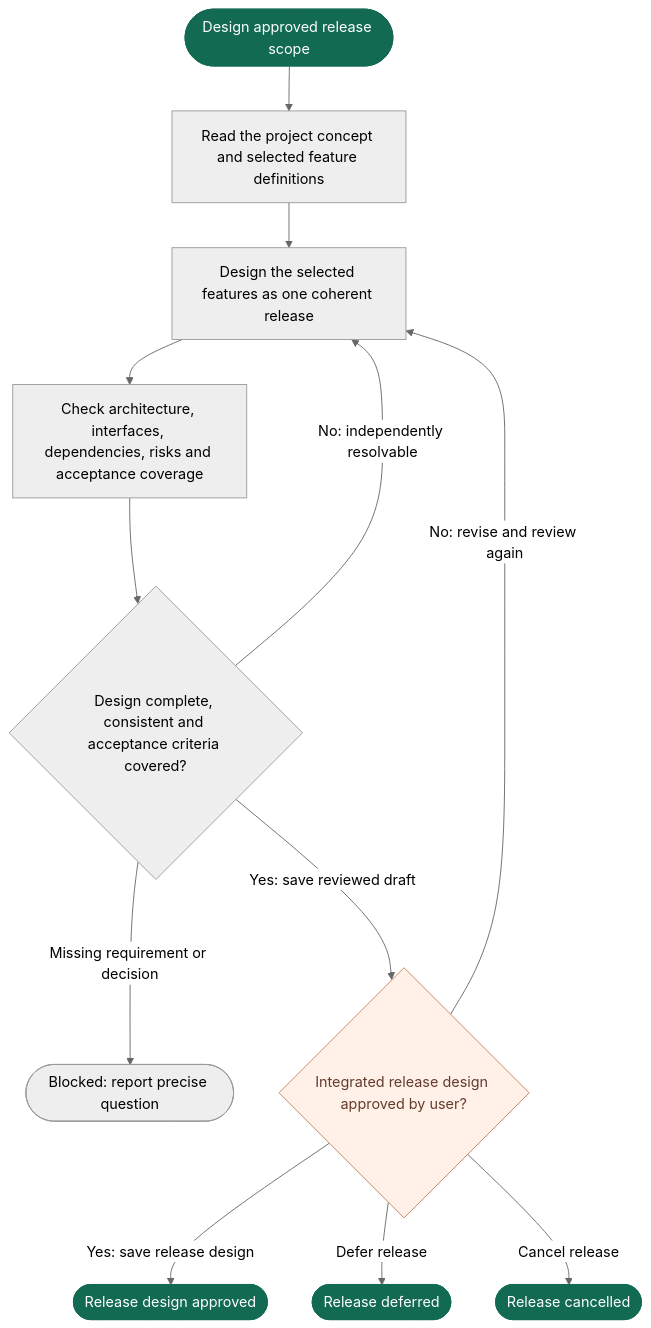
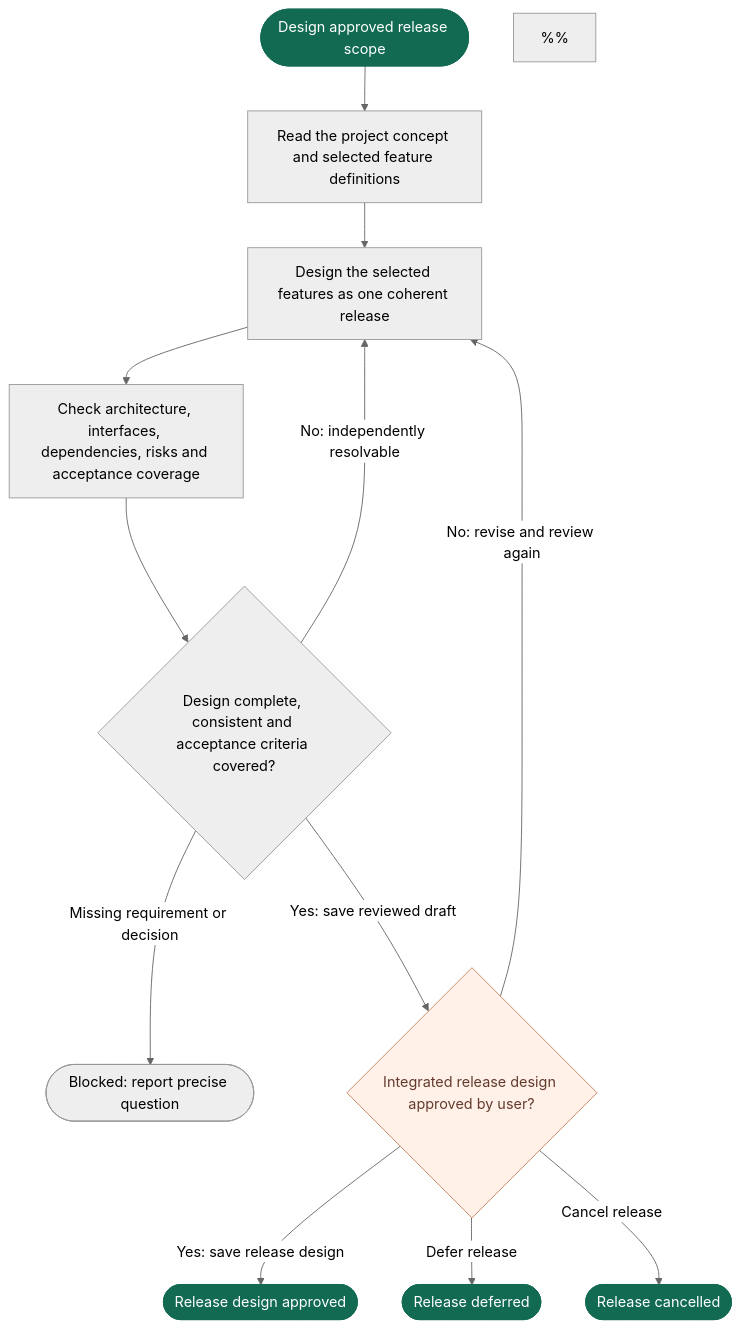
The diagram in docs/airflow/flows/design.mmd (vanlangenlabs/vanlangenlabs-site), drawn with Mermaid (neutral theme) before and after one commit. The commit also changed 14 other files, not shown here.

Commit message:
refactor(airflow): keep phase rules in Mermaid sources

```diff
--- a/docs/airflow/flows/design.mmd
+++ b/docs/airflow/flows/design.mmd
@@ -1,38 +1,46 @@
 flowchart TD
     start([Design approved release scope]) --> inspect[Read the project concept and selected feature definitions]
 %% @airflow-context inspect
 %% Load the approved concept, the exact approved scope, and only the feature
 %% Definitions listed there. Do not design backlog items outside the scope.
 %% @end-airflow-context
     inspect --> integrate[Design the selected features as one coherent release]
 %% @airflow-context integrate
 %% Design how the selected features work together as one version: shared
 %% components, interfaces, dependencies, data flows, risks, rollout and test
 %% approach. Trace every feature acceptance criterion to the integrated Design.
+%%
+%% Record path: `.air/releases/<version>/design.md`.
+%% Record outline: Scope reference; Integrated approach; Components and interfaces; Data and end-to-end behavior; Feature-to-design traceability; Risks and tradeoffs; Rollout and test strategy.
+%% Mutable statuses belong in the index. Example IDs and versions are placeholders.
 %% @end-airflow-context
     integrate --> review[Check architecture, interfaces, dependencies, risks and acceptance coverage]
     review --> quality{Design complete, consistent and acceptance criteria covered?}
     quality -- No: independently resolvable --> integrate
     quality -- Missing requirement or decision --> blocked([Blocked: report precise question])
     quality -- Yes: save reviewed draft --> designApproval{Integrated release design approved by user?}
 %% @airflow-context review
 %% Inspect existing architecture and constraints. Check every acceptance criterion
 %% has a design mapping and verification approach; check interfaces, dependencies,
 %% failure paths, rollout and risks for contradictions or omissions. Correct
 %% in-scope gaps autonomously before requesting approval. Do not invent product
 %% requirements. Escalate unresolved decisions or lack of progress with evidence.
 %% @end-airflow-context
     designApproval -- No: revise and review again --> integrate
     designApproval -- Yes: save release design --> designReady([Release design approved])
 %% @airflow-context designApproval
 %% The human approves the integrated Design against the current scope digest.
 %% Bind approval to the exact Design digest and record evidence in `.air/index.md`.
-%% Material scope/design changes invalidate affected approvals per the contract.
+%% Material scope/design changes invalidate affected approvals using Project impact rules.
+%%
+%% Release transition `scope-approved -> design-pending-approval`: Self-reviewed Design covers every scoped feature and records its scope digest; record_status becomes pending-approval. Owner: AI prepares and requests approval.
+%%
+%% Release transition `design-pending-approval -> design-approved`: Design digest is explicitly approved; append approval event. Owner: Human.
 %% @end-airflow-context
     designApproval -- Defer release --> designDeferred([Release deferred])
     designApproval -- Cancel release --> designCancelled([Release cancelled])
 
     classDef boundary fill:#126a52,color:#ffffff,stroke:#126a52
     classDef approval fill:#fff0e8,color:#633b2c,stroke:#c68162
     class start,designReady,designDeferred,designCancelled boundary
     class designApproval approval
```
